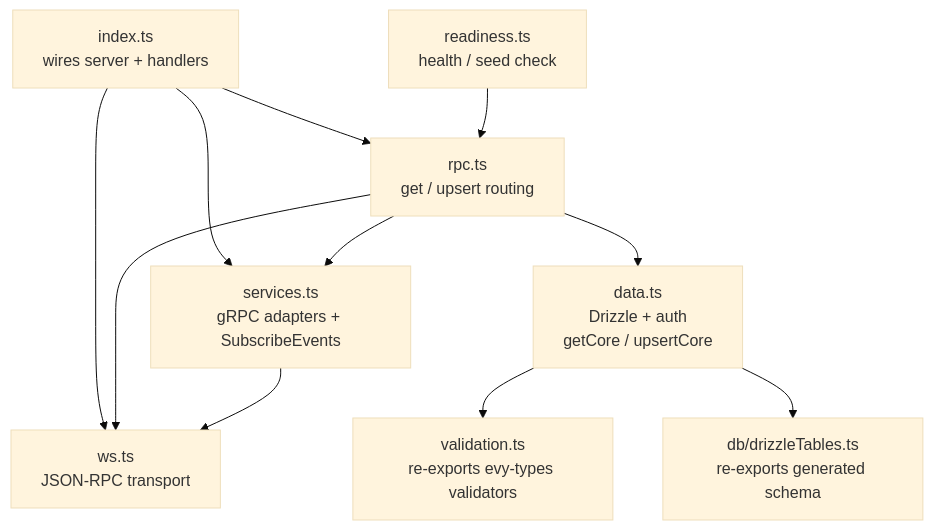
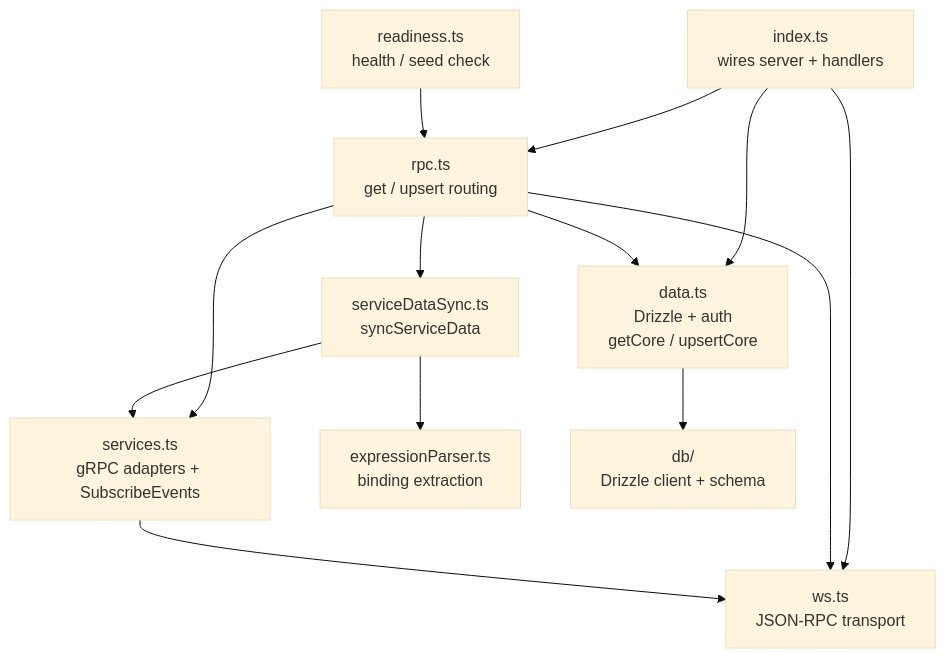
The third of 3 diagrams in api/README.md (EVY-Platform/evy), drawn with Mermaid (base theme) before and after one commit. The commit also changed other lines of this file and 17 other files, not shown here.

````diff
--- a/api/README.md
+++ b/api/README.md
@@ -68,22 +94,25 @@
 ```mermaid
 flowchart TD
     index[index.ts<br/>wires server + handlers]
     ws[ws.ts<br/>JSON-RPC transport]
     rpc[rpc.ts<br/>get / upsert routing]
     data[data.ts<br/>Drizzle + auth<br/>getCore / upsertCore]
     services[services.ts<br/>gRPC adapters + SubscribeEvents]
-    validation[validation.ts<br/>re-exports evy-types validators]
+    serviceDataSync[serviceDataSync.ts<br/>syncServiceData]
+    expressionParser[expressionParser.ts<br/>binding extraction]
     readiness[readiness.ts<br/>health / seed check]
-    drizzleTables[db/drizzleTables.ts<br/>re-exports generated schema]
+    db[db/<br/>Drizzle client + schema]
 
     index --> ws
     index --> rpc
-    index --> services
+    index --> data
     rpc --> data
     rpc --> services
+    rpc --> serviceDataSync
     rpc --> ws
-    data --> validation
-    data --> drizzleTables
+    serviceDataSync --> services
+    serviceDataSync --> expressionParser
     services --> ws
+    data --> db
     readiness --> rpc
 ```
````
